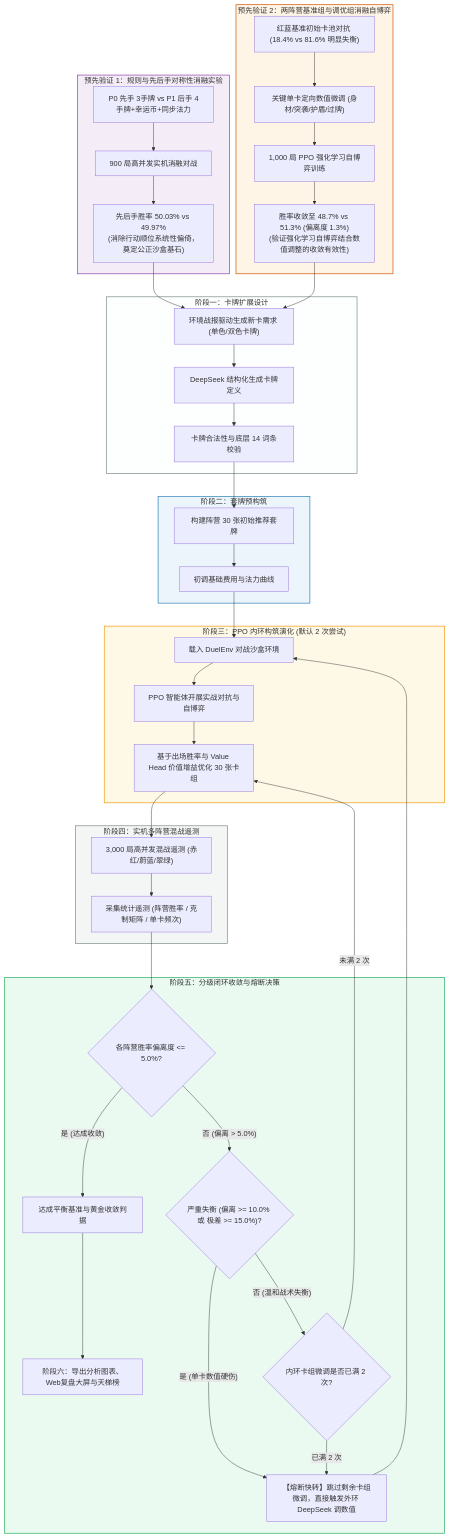
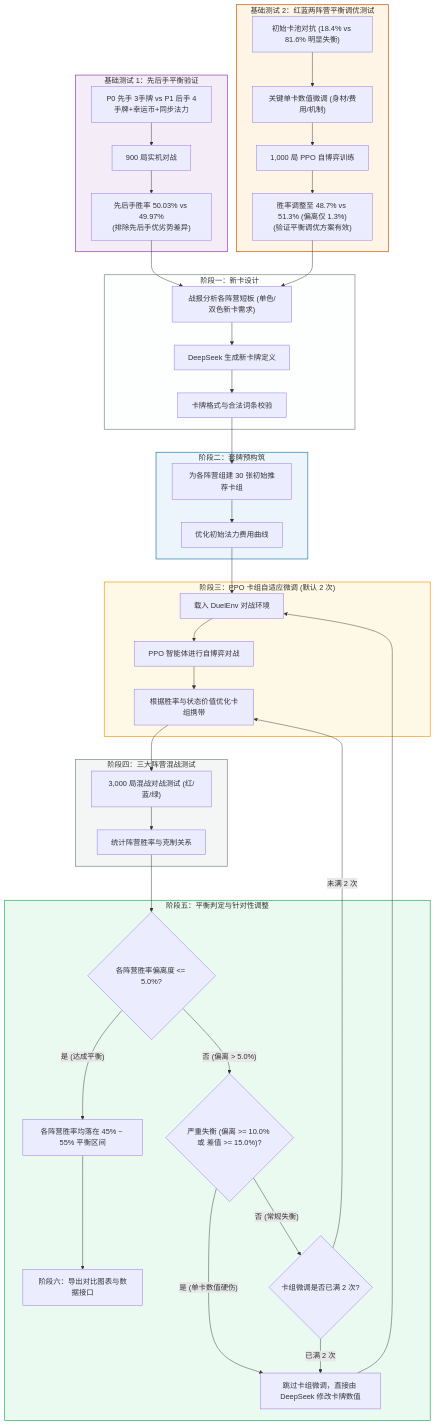
The diagram in README.md (zipad0207/tcg-ai-1.0), drawn with Mermaid before and after one commit. The commit also changed other lines of this file, not shown here.

````diff
--- a/README.md
+++ b/README.md
@@ -51,58 +51,58 @@
 ```mermaid
 flowchart TD
-    subgraph P1 ["预先验证 1：规则与先后手对称性消融实验"]
-        PRE1["P0 先手 3手牌 vs P1 后手 4手牌+幸运币+同步法力"] --> PRE2["900 局高并发实机消融对战"]
-        PRE2 --> PRE3["先后手胜率 50.03% vs 49.97%<br/>(消除行动顺位系统性偏倚，奠定公正沙盒基石)"]
+    subgraph P1 ["基础测试 1：先后手平衡验证"]
+        PRE1["P0 先手 3手牌 vs P1 后手 4手牌+幸运币+同步法力"] --> PRE2["900 局实机对战"]
+        PRE2 --> PRE3["先后手胜率 50.03% vs 49.97%<br/>(排除先后手优劣势差异)"]
     end
 
-    subgraph P2 ["预先验证 2：两阵营基准组与调优组消融自博弈"]
-        PRE4["红蓝基准初始卡池对抗 (18.4% vs 81.6% 明显失衡)"] --> PRE5["关键单卡定向数值微调 (身材/突袭/护盾/过牌)"]
-        PRE5 --> PRE6["1,000 局 PPO 强化学习自博弈训练"]
-        PRE6 --> PRE7["胜率收敛至 48.7% vs 51.3% (偏离度 1.3%)<br/>(验证强化学习自博弈结合数值调整的收敛有效性)"]
+    subgraph P2 ["基础测试 2：红蓝两阵营平衡调优测试"]
+        PRE4["初始卡池对抗 (18.4% vs 81.6% 明显失衡)"] --> PRE5["关键单卡数值微调 (身材/费用/机制)"]
+        PRE5 --> PRE6["1,000 局 PPO 自博弈训练"]
+        PRE6 --> PRE7["胜率调整至 48.7% vs 51.3% (偏离仅 1.3%)<br/>(验证平衡调优方案有效)"]
     end
 
     PRE3 & PRE7 --> A1
 
-    subgraph S1 ["阶段一：卡牌扩展设计"]
-        A1["环境战报驱动生成新卡需求 (单色/双色卡牌)"] --> A2["DeepSeek 结构化生成卡牌定义"]
-        A2 --> A3["卡牌合法性与底层 14 词条校验"]
+    subgraph S1 ["阶段一：新卡设计"]
+        A1["战报分析各阵营短板 (单色/双色新卡需求)"] --> A2["DeepSeek 生成新卡牌定义"]
+        A2 --> A3["卡牌格式与合法词条校验"]
     end
 
     subgraph S2 ["阶段二：套牌预构筑"]
-        A3 --> B1["构建阵营 30 张初始推荐套牌"]
-        B1 --> B2["初调基础费用与法力曲线"]
+        A3 --> B1["为各阵营组建 30 张初始推荐卡组"]
+        B1 --> B2["优化初始法力费用曲线"]
     end
 
-    subgraph S3 ["阶段三：PPO 内环构筑演化 (默认 2 次尝试)"]
-        B2 --> C1["载入 DuelEnv 对战沙盒环境"]
-        C1 --> C2["PPO 智能体开展实战对抗与自博弈"]
-        C2 --> C3["基于出场胜率与 Value Head 价值增益优化 30 张卡组"]
+    subgraph S3 ["阶段三：PPO 卡组自适应微调 (默认 2 次)"]
+        B2 --> C1["载入 DuelEnv 对战环境"]
+        C1 --> C2["PPO 智能体进行自博弈对战"]
+        C2 --> C3["根据胜率与状态价值优化卡组携带"]
     end
 
-    subgraph S4 ["阶段四：实机多阵营混战遥测"]
-        C3 --> D1["3,000 局高并发混战遥测 (赤红/蔚蓝/翠绿)"]
-        D1 --> D2["采集统计遥测 (阵营胜率 / 克制矩阵 / 单卡频次)"]
+    subgraph S4 ["阶段四：三大阵营混战测试"]
+        C3 --> D1["3,000 局混战对战测试 (红/蓝/绿)"]
+        D1 --> D2["统计阵营胜率与克制关系"]
     end
 
-    subgraph S5 ["阶段五：分级闭环收敛与熔断决策"]
+    subgraph S5 ["阶段五：平衡判定与针对性调整"]
         D2 --> E1{"各阵营胜率偏离度 <= 5.0%?"}
         
-        E1 -- "是 (达成收敛)" --> G1["达成平衡基准与黄金收敛判据"]
-        G1 --> G2["阶段六：导出分析图表、Web复盘大屏与天梯榜"]
+        E1 -- "是 (达成平衡)" --> G1["各阵营胜率均落在 45% ~ 55% 平衡区间"]
+        G1 --> G2["阶段六：导出对比图表与数据接口"]
 
-        E1 -- "否 (偏离 > 5.0%)" --> E2{"严重失衡 (偏离 >= 10.0% 或 极差 >= 15.0%)?"}
-        E2 -- "是 (单卡数值硬伤)" --> F1["【熔断快转】跳过剩余卡组微调，直接触发外环 DeepSeek 调数值"]
-        E2 -- "否 (温和战术失衡)" --> E3{"内环卡组微调是否已满 2 次?"}
+        E1 -- "否 (偏离 > 5.0%)" --> E2{"严重失衡 (偏离 >= 10.0% 或 差值 >= 15.0%)?"}
+        E2 -- "是 (单卡数值硬伤)" --> F1["跳过卡组微调，直接由 DeepSeek 修改卡牌数值"]
+        E2 -- "否 (常规失衡)" --> E3{"卡组微调是否已满 2 次?"}
         E3 -- "未满 2 次" --> C3
         E3 -- "已满 2 次" --> F1
         F1 --> C1
     end
 
     style P1 fill:#f4ecf7,stroke:#8e44ad,stroke-width:1.5px
     style P2 fill:#fef5e7,stroke:#d35400,stroke-width:1.5px
     style S1 fill:#fdfefe,stroke:#7f8c8d,stroke-width:1.5px
     style S2 fill:#ebf5fb,stroke:#2980b9,stroke-width:1.5px
     style S3 fill:#fef9e7,stroke:#f39c12,stroke-width:1.5px
     style S4 fill:#f4f6f6,stroke:#7f8c8d,stroke-width:1.5px
     style S5 fill:#eafaf1,stroke:#27ae60,stroke-width:1.5px
 ```
````
